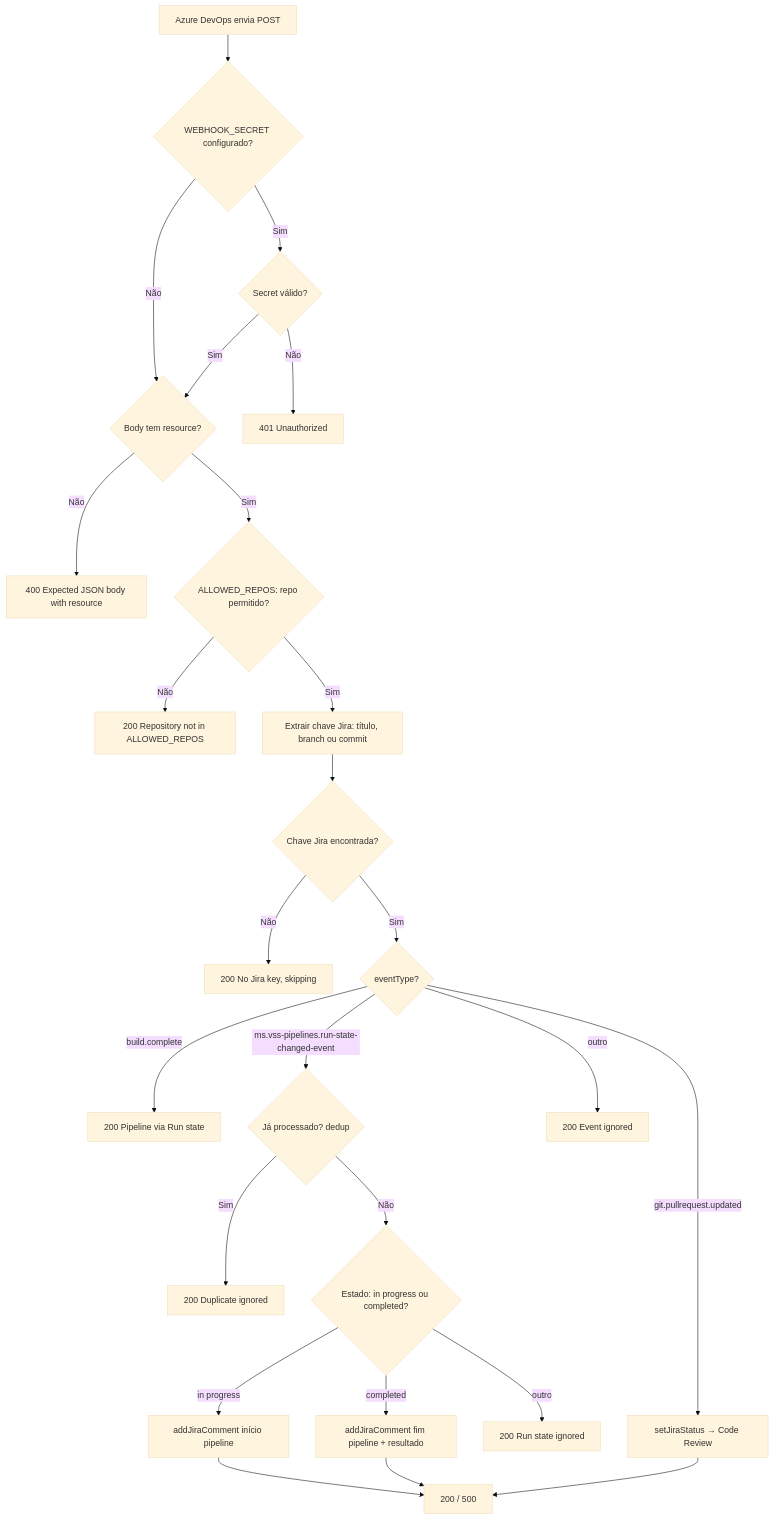
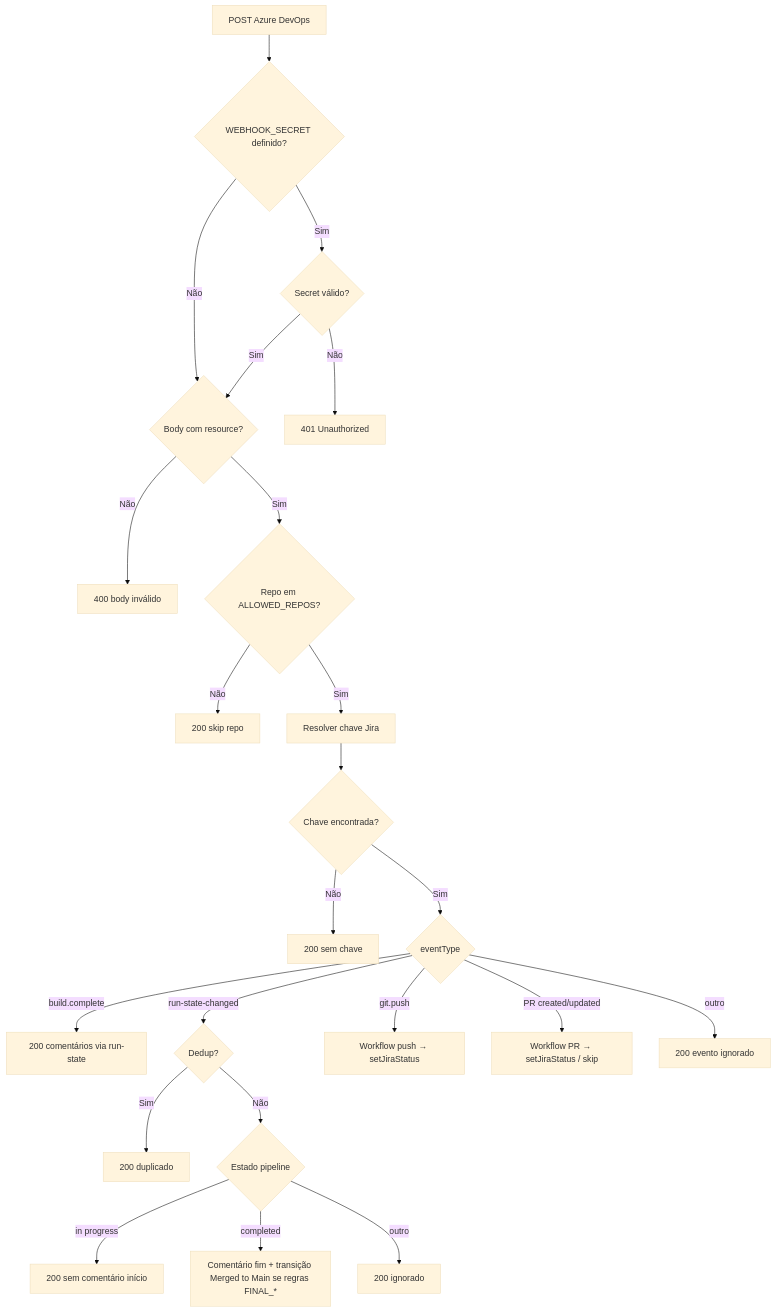
The second of 2 diagrams in README.md (biancac-andrade/ADO-Jira-Sync), drawn with Mermaid (base theme) before and after one commit. The commit also changed other lines of this file and 22 other files, not shown here.

````diff
--- a/README.md
+++ b/README.md
@@ -417,27 +173,25 @@
 ```mermaid
 flowchart TD
-    A[Azure DevOps envia POST] --> B{WEBHOOK_SECRET configurado?}
-    B -->|Sim| C{Secret válido?}
-    B -->|Não| D{Body tem resource?}
-    C -->|Não| E[401 Unauthorized]
-    C -->|Sim| D
-    D -->|Não| F[400 Expected JSON body with resource]
-    D -->|Sim| G{ALLOWED_REPOS: repo permitido?}
-    G -->|Não| H[200 Repository not in ALLOWED_REPOS]
-    G -->|Sim| I[Extrair chave Jira: título, branch ou commit]
-    I --> J{Chave Jira encontrada?}
-    J -->|Não| K[200 No Jira key, skipping]
-    J -->|Sim| L{eventType?}
-    L -->|build.complete| M[200 Pipeline via Run state]
-    L -->|ms.vss-pipelines.run-state-changed-event| N{Já processado? dedup}
-    N -->|Sim| O[200 Duplicate ignored]
-    N -->|Não| P{Estado: in progress ou completed?}
-    P -->|in progress| Q[addJiraComment início pipeline]
-    P -->|completed| R[addJiraComment fim pipeline + resultado]
-    P -->|outro| S[200 Run state ignored]
-    Q --> T[200 / 500]
-    R --> T
-    L -->|git.pullrequest.updated| U[setJiraStatus → Code Review]
-    U --> T
-    L -->|outro| V[200 Event ignored]
+  A[POST Azure DevOps] --> B{WEBHOOK_SECRET definido?}
+  B -->|Sim| C{Secret válido?}
+  B -->|Não| D{Body com resource?}
+  C -->|Não| E[401 Unauthorized]
+  C -->|Sim| D
+  D -->|Não| F[400 body inválido]
+  D -->|Sim| G{Repo em ALLOWED_REPOS?}
+  G -->|Não| H[200 skip repo]
+  G -->|Sim| I[Resolver chave Jira]
+  I --> J{Chave encontrada?}
+  J -->|Não| K[200 sem chave]
+  J -->|Sim| L{eventType}
+  L -->|build.complete| M[200 comentários via run-state]
+  L -->|run-state-changed| N{Dedup?}
+  N -->|Sim| O[200 duplicado]
+  N -->|Não| P{Estado pipeline}
+  P -->|in progress| Q[200 sem comentário início]
+  P -->|completed| R[Comentário fim + transição Merged to Main se regras FINAL_*]
+  P -->|outro| S[200 ignorado]
+  L -->|git.push| T[Workflow push → setJiraStatus]
+  L -->|PR created/updated| U[Workflow PR → setJiraStatus / skip]
+  L -->|outro| V[200 evento ignorado]
 ```
````
